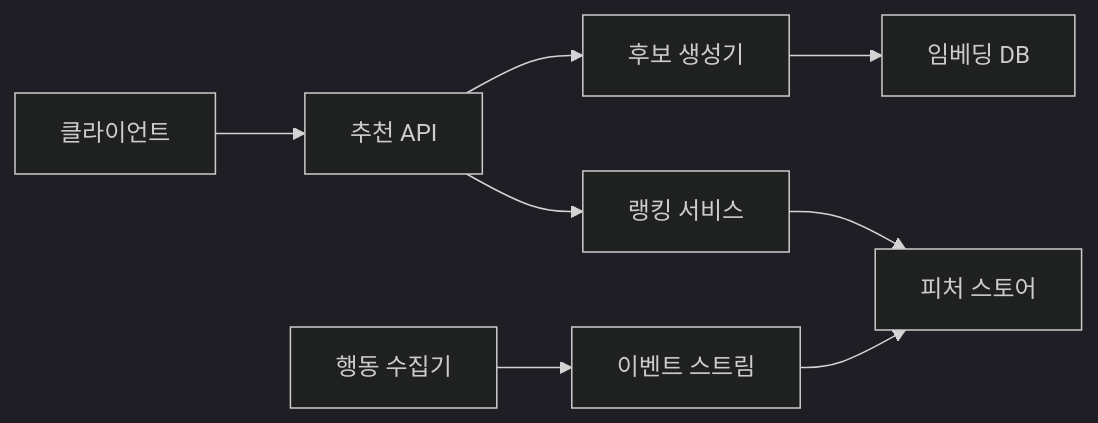
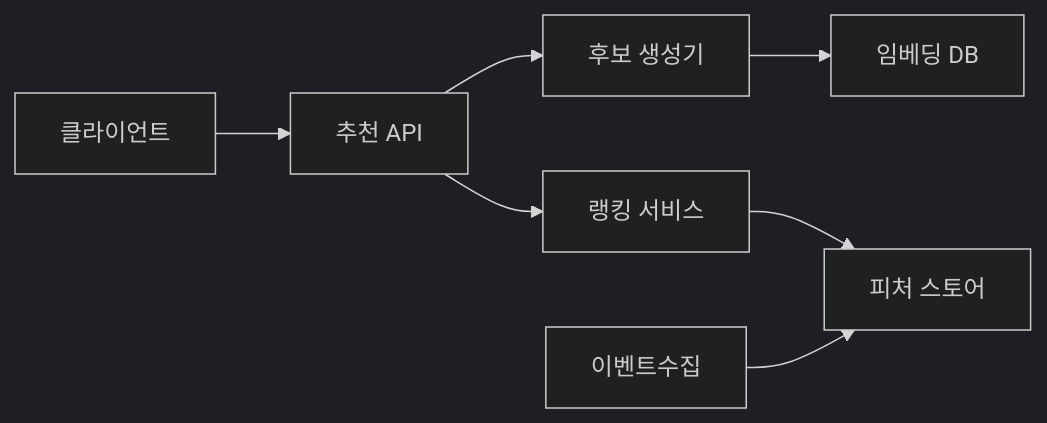
One commit to yjkim2015/yjkim2015.github.io changed the diagram in _posts/systemdesign/2026-05-11-system-design-recommendation.md. Above: the diagram before and after it, drawn with Mermaid (dark theme). The commit also changed other lines of this file and 9 other files, not shown here.

````diff
--- a/_posts/systemdesign/2026-05-11-system-design-recommendation.md
+++ b/_posts/systemdesign/2026-05-11-system-design-recommendation.md
@@ -125,10 +127,9 @@
 ```mermaid
 graph LR
     A[클라이언트] --> B[추천 API]
     B --> C[후보 생성기]
     B --> D[랭킹 서비스]
     C --> E[임베딩 DB]
     D --> F[피처 스토어]
-    G[행동 수집기] --> H[이벤트 스트림]
-    H --> F
+    G[이벤트수집] --> F
 ```
````
